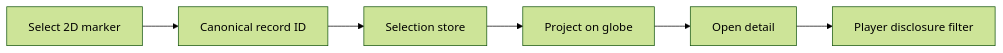
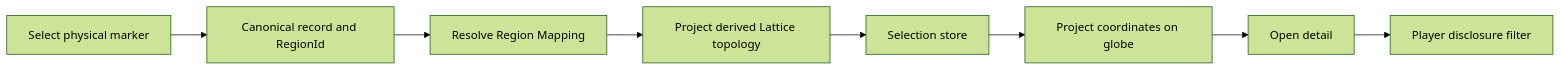
Before and after one commit to bkalaf/echoes-of-eidolon: the diagram in docs/architecture/mermaid/process/p22-shared-atlas-selection.mmd, drawn with Mermaid (forest theme). The commit also changed 31 other files, not shown here.

Commit message:
feat: separate atlas region and lattice authority

```diff
--- a/docs/architecture/mermaid/process/p22-shared-atlas-selection.mmd
+++ b/docs/architecture/mermaid/process/p22-shared-atlas-selection.mmd
@@ -1,13 +1,17 @@
 %% Shared Atlas selection
 flowchart LR
-  Select2Dmarker0["Select 2D marker"]
-  CanonicalrecordID1["Canonical record ID"]
-  Selectionstore2["Selection store"]
-  Projectonglobe3["Project on globe"]
-  Opendetail4["Open detail"]
-  Playerdisclosurefi5["Player disclosure filter"]
-  Select2Dmarker0 --> CanonicalrecordID1
-  CanonicalrecordID1 --> Selectionstore2
-  Selectionstore2 --> Projectonglobe3
-  Projectonglobe3 --> Opendetail4
-  Opendetail4 --> Playerdisclosurefi5
+  Selectphysicalmark0["Select physical marker"]
+  Canonicalrecordand1["Canonical record and RegionId"]
+  ResolveRegionMappi2["Resolve Region Mapping"]
+  ProjectderivedLatt3["Project derived Lattice topology"]
+  Selectionstore4["Selection store"]
+  Projectcoordinates5["Project coordinates on globe"]
+  Opendetail6["Open detail"]
+  Playerdisclosurefi7["Player disclosure filter"]
+  Selectphysicalmark0 --> Canonicalrecordand1
+  Canonicalrecordand1 --> ResolveRegionMappi2
+  ResolveRegionMappi2 --> ProjectderivedLatt3
+  ProjectderivedLatt3 --> Selectionstore4
+  Selectionstore4 --> Projectcoordinates5
+  Projectcoordinates5 --> Opendetail6
+  Opendetail6 --> Playerdisclosurefi7
```
